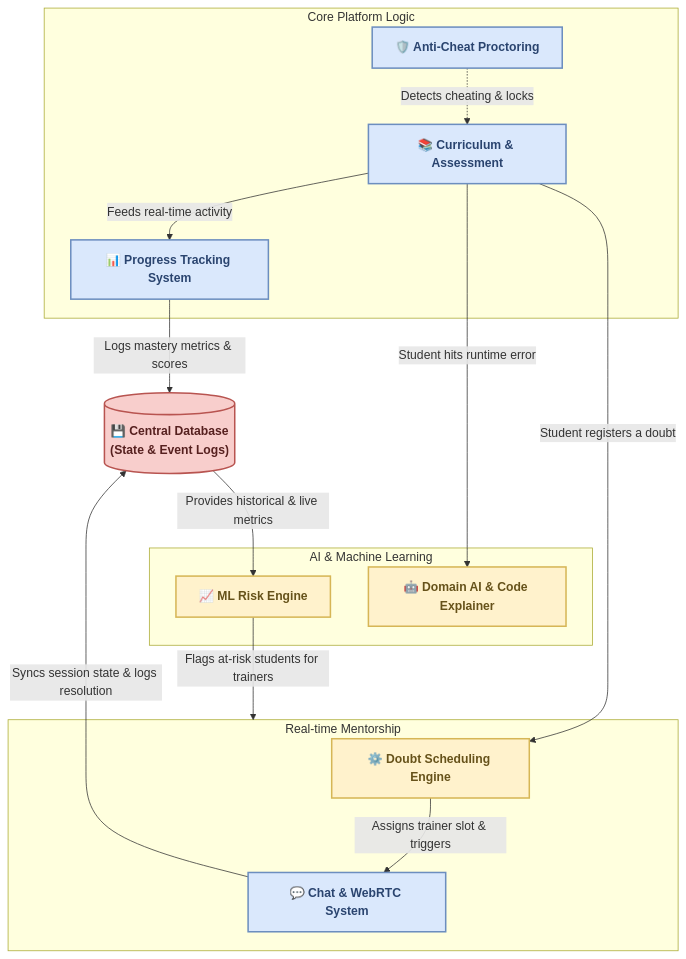
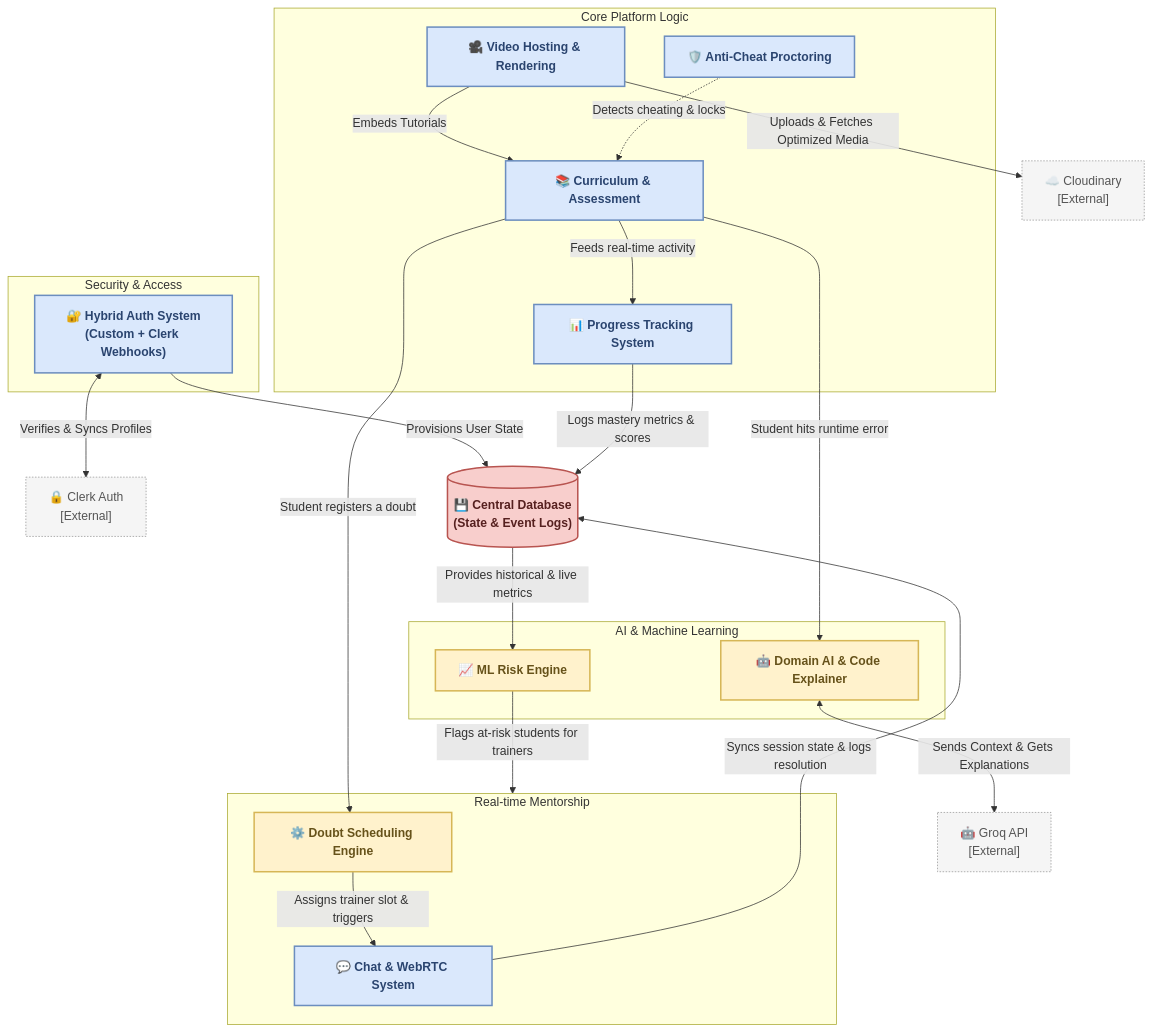
One commit to suyash-rgb/JS-Mentor changed the third of 21 diagrams in README.md. Above: the diagram before and after it, drawn with Mermaid.

Commit message:
add Auth, Video, and External systems to Logical Architecture Diagram

````diff
--- a/README.md
+++ b/README.md
@@ -125,41 +125,59 @@
 ```mermaid
 flowchart TD
     %% Styling Classes
     classDef engine fill:#FFF2CC,stroke:#D6B656,stroke-width:2px,color:#66521A,font-weight:bold;
     classDef subsystem fill:#DAE8FC,stroke:#6C8EBF,stroke-width:2px,color:#2A446F,font-weight:bold;
     classDef db fill:#F8CECC,stroke:#B85450,stroke-width:2px,color:#56201F,font-weight:bold;
     classDef ext fill:#F5F5F5,stroke:#999999,stroke-width:1px,color:#555555,stroke-dasharray: 2 2;
 
+    %% External APIs
+    Clerk["🔒 Clerk Auth<br/>[External]"]:::ext
+    Groq["🤖 Groq API<br/>[External]"]:::ext
+    Cloudinary["☁️ Cloudinary<br/>[External]"]:::ext
+
     %% Logical Subsystems
+    subgraph Security ["Security & Access"]
+        AuthSystem["🔐 Hybrid Auth System<br/>(Custom + Clerk Webhooks)"]:::subsystem
+    end
+
     subgraph Core_Platform ["Core Platform Logic"]
+        VideoSystem["🎥 Video Hosting & Rendering"]:::subsystem
         Curriculum["📚 Curriculum & Assessment"]:::subsystem
         Progress["📊 Progress Tracking System"]:::subsystem
         AntiCheat["🛡️ Anti-Cheat Proctoring"]:::subsystem
     end
 
     subgraph Intelligence ["AI & Machine Learning"]
         MLEngine["📈 ML Risk Engine"]:::engine
         AIAssistant["🤖 Domain AI & Code Explainer"]:::engine
     end
 
     subgraph Mentorship ["Real-time Mentorship"]
         Scheduler["⚙️ Doubt Scheduling Engine"]:::engine
         ChatWebRTC["💬 Chat & WebRTC System"]:::subsystem
     end
 
     Database[("💾 Central Database<br/>(State & Event Logs)")]:::db
 
+    %% External Interactions
+    AuthSystem <-->|Verifies & Syncs Profiles| Clerk
+    AIAssistant <-->|Sends Context & Gets Explanations| Groq
+    VideoSystem -->|Uploads & Fetches Optimized Media| Cloudinary
+
     %% Functional Interactions & Data Flow
+    AuthSystem -->|Provisions User State| Database
+    VideoSystem -->|Embeds Tutorials| Curriculum
+
     Curriculum -->|Feeds real-time activity| Progress
     AntiCheat -.->|Detects cheating & locks| Curriculum
     
     Progress -->|Logs mastery metrics & scores| Database
     Database -->|Provides historical & live metrics| MLEngine
     MLEngine -->|Flags at-risk students for trainers| Mentorship
     
     Curriculum -->|Student registers a doubt| Scheduler
     Scheduler -->|Assigns trainer slot & triggers| ChatWebRTC
     ChatWebRTC -->|Syncs session state & logs resolution| Database
     
     Curriculum -->|Student hits runtime error| AIAssistant
 ```
````
